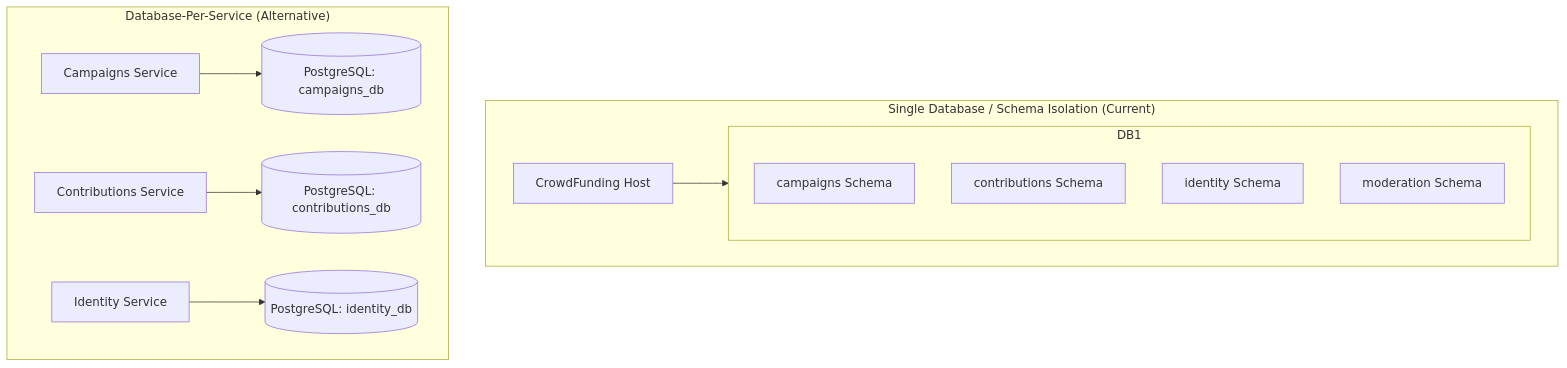
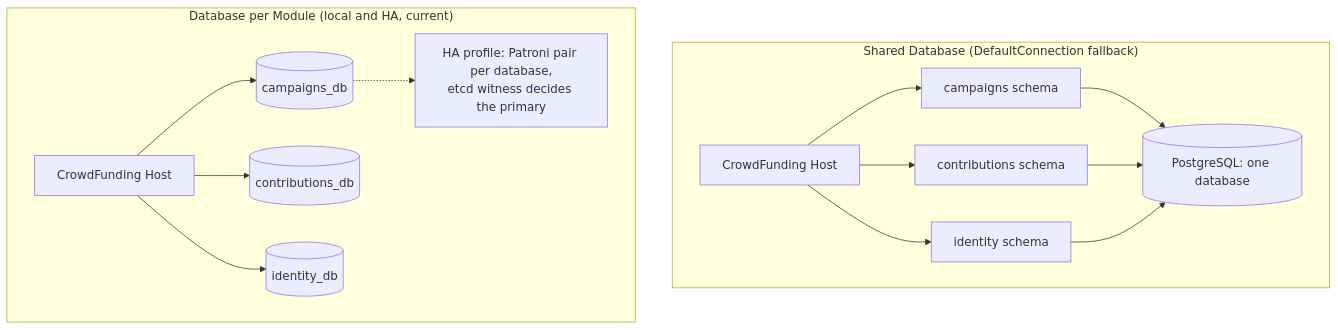
Before and after one commit to maysamgamini/crowdfundinghub: the third of 13 diagrams in docs/TRADE_OFFS_AND_LIMITATIONS.md, drawn with Mermaid. The commit also changed other lines of this file and 20 other files, not shown here.

````diff
--- a/docs/TRADE_OFFS_AND_LIMITATIONS.md
+++ b/docs/TRADE_OFFS_AND_LIMITATIONS.md
@@ -173,22 +173,19 @@
 ```mermaid
 graph TB
-    subgraph "Single Database / Schema Isolation (Current)"
-        DB1[("PostgreSQL: crowdfundingdb")]
-        subgraph DB1
-            S_Camp["campaigns Schema"]
-            S_Cont["contributions Schema"]
-            S_Id["identity Schema"]
-            S_Mod["moderation Schema"]
-        end
-        API1["CrowdFunding Host"] --> DB1
+    subgraph "Shared Database (DefaultConnection fallback)"
+        DB1[("PostgreSQL: one database")]
+        S_Camp["campaigns schema"] --> DB1
+        S_Cont["contributions schema"] --> DB1
+        S_Id["identity schema"] --> DB1
+        API1["CrowdFunding Host"] --> S_Camp
+        API1 --> S_Cont
+        API1 --> S_Id
     end
 
-    subgraph "Database-Per-Service (Alternative)"
-        DB_C[("PostgreSQL: campaigns_db")]
-        DB_P[("PostgreSQL: contributions_db")]
-        DB_I[("PostgreSQL: identity_db")]
-        S_CampSvc["Campaigns Service"] --> DB_C
-        S_ContSvc["Contributions Service"] --> DB_P
-        S_IdSvc["Identity Service"] --> DB_I
+    subgraph "Database per Module (local and HA, current)"
+        API2["CrowdFunding Host"] --> DB_C[("campaigns_db")]
+        API2 --> DB_P[("contributions_db")]
+        API2 --> DB_I[("identity_db")]
+        DB_C -.-> HA["HA profile: Patroni pair per database,<br/>etcd witness decides the primary"]
     end
 ```
````
